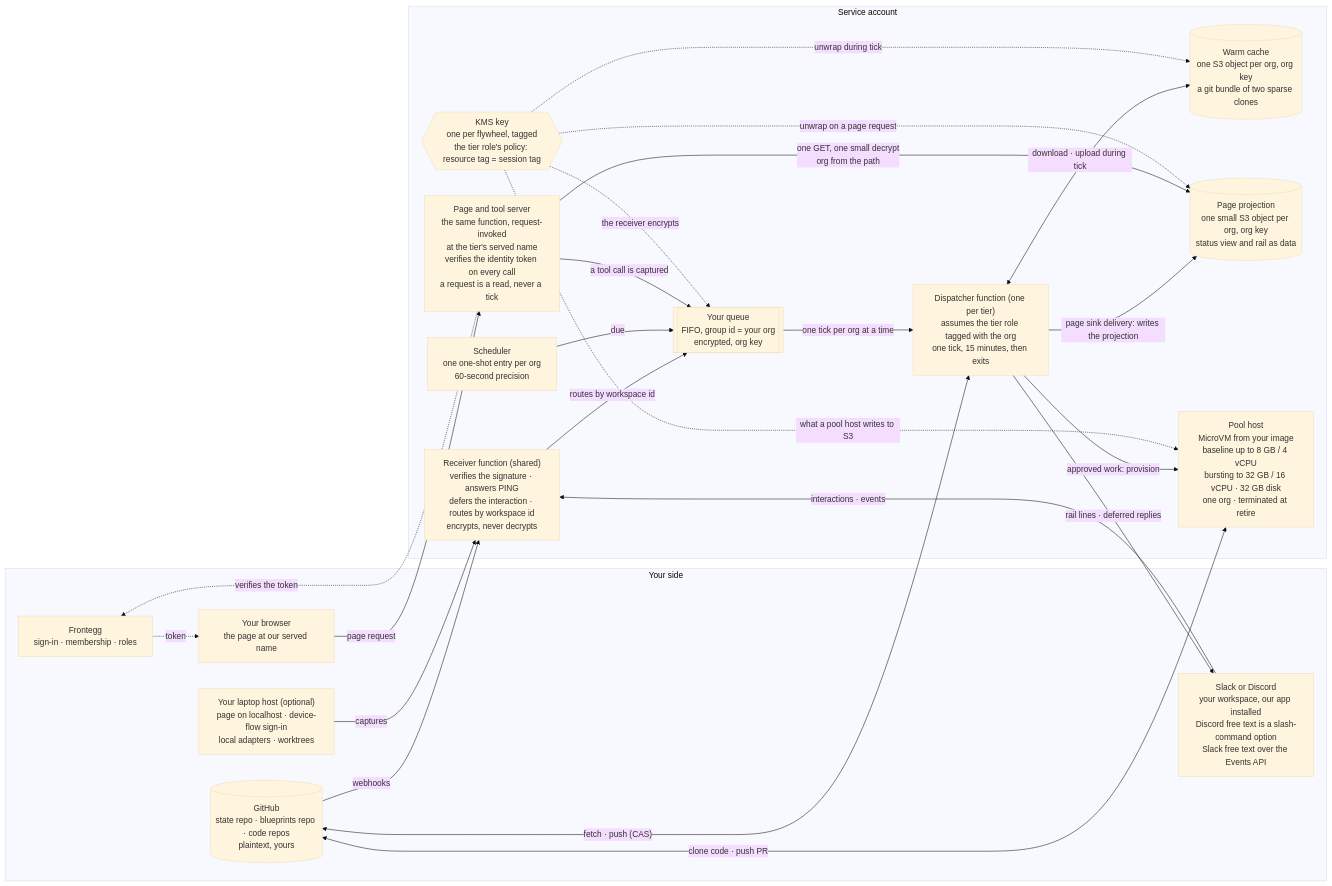
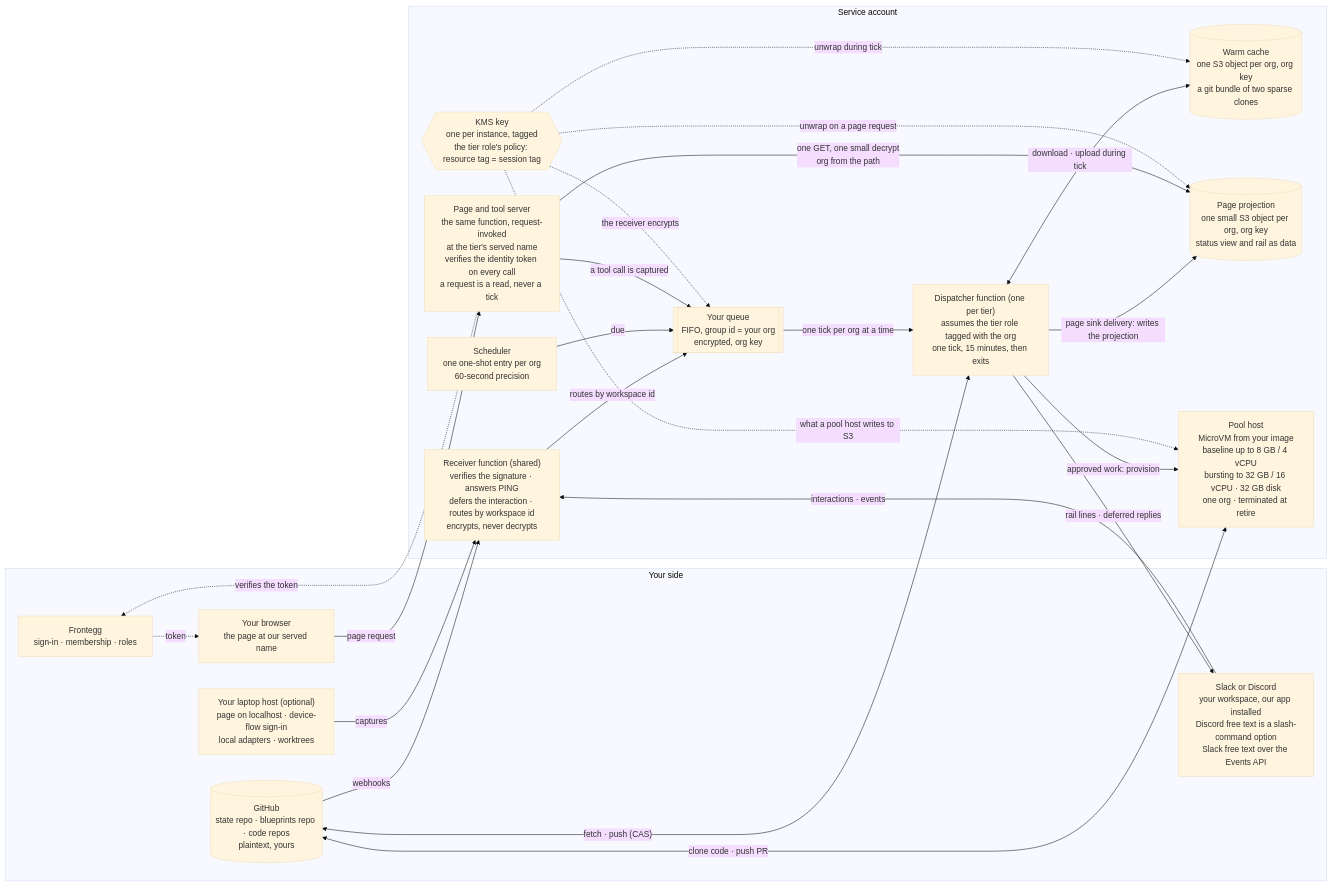
Before and after one commit to agentplot/blueprints: the diagram in design/flywheel-next/proposals/hosted-design.md, drawn with Mermaid (base theme). The commit also changed other lines of this file and 52 other files, not shown here.

First line of the commit message:
docs(flywheel-next): instance is the internal noun for what the state holds; flywheel stays the customer's word (S206) — machines/instance.yaml, instance.* atoms, fw.instance.*, switch/configure/remove-instance with rendered labels; glossary instance/account/flywheel/organization

````diff
--- a/design/flywheel-next/proposals/hosted-design.md
+++ b/design/flywheel-next/proposals/hosted-design.md
@@ -16,42 +16,42 @@
 ```mermaid
 flowchart LR
   subgraph you["Your side"]
     gh[("GitHub<br/>state repo · blueprints repo · code repos<br/>plaintext, yours")]
     lap["Your laptop host (optional)<br/>page on localhost · device-flow sign-in<br/>local adapters · worktrees"]
     chat["Slack or Discord<br/>your workspace, our app installed<br/>Discord free text is a slash-command option<br/>Slack free text over the Events API"]
     idp["Frontegg<br/>sign-in · membership · roles"]
     br["Your browser<br/>the page at our served name"]
   end
   subgraph svc["Service account"]
     rcv["Receiver function (shared)<br/>verifies the signature · answers PING<br/>defers the interaction · routes by workspace id<br/>encrypts, never decrypts"]
     q[["Your queue<br/>FIFO, group id = your org<br/>encrypted, org key"]]
     disp["Dispatcher function (one per tier)<br/>assumes the tier role tagged with the org<br/>one tick, 15 minutes, then exits"]
     page["Page and tool server<br/>the same function, request-invoked<br/>at the tier's served name<br/>verifies the identity token on every call<br/>a request is a read, never a tick"]
     cache[("Warm cache<br/>one S3 object per org, org key<br/>a git bundle of two sparse clones")]
     proj[("Page projection<br/>one small S3 object per org, org key<br/>status view and rail as data")]
     sched["Scheduler<br/>one one-shot entry per org<br/>60-second precision"]
     pool["Pool host<br/>MicroVM from your image<br/>baseline up to 8 GB / 4 vCPU<br/>bursting to 32 GB / 16 vCPU · 32 GB disk<br/>one org · terminated at retire"]
-    key{{"KMS key<br/>one per flywheel, tagged<br/>the tier role's policy: resource tag = session tag"}}
+    key{{"KMS key<br/>one per instance, tagged<br/>the tier role's policy: resource tag = session tag"}}
   end
   gh -- "webhooks" --> rcv
   chat -- "interactions · events" --> rcv
   lap -- "captures" --> rcv
   rcv -- "routes by workspace id" --> q
   q -- "one tick per org at a time" --> disp
   sched -- "due" --> q
   br -- "page request" --> page
   idp -. "token" .-> br
   page -. "verifies the token" .-> idp
   page -- "a tool call is captured" --> q
   disp <-- "fetch · push (CAS)" --> gh
   disp <-- "download · upload during tick" --> cache
   disp -- "rail lines · deferred replies" --> chat
   disp -- "approved work: provision" --> pool
   pool <-- "clone code · push PR" --> gh
   disp -- "page sink delivery: writes the projection" --> proj
   page -- "one GET, one small decrypt<br/>org from the path" --> proj
   key -. "unwrap during tick" .-> cache
   key -. "unwrap on a page request" .-> proj
   key -. "the receiver encrypts" .-> q
   key -. "what a pool host writes to S3" .-> pool
 ```
````
